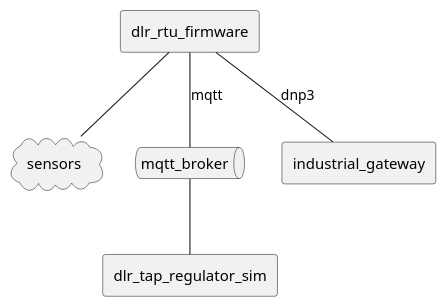
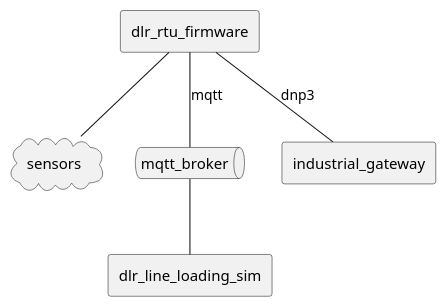
One commit to arcnode-io/dlr-rtu-firmware changed the first of 4 diagrams in readme.md. Above: the diagram before and after it, drawn with PlantUML. The commit also changed other lines of this file and 1 other file, not shown here.

Commit message:
📝 docs: dlr-tap-regulator-sim renamed to dlr-line-loading-sim
Claude-Session: https://claude.ai/code/session_01G9oodV6qNjghBfbi7qXfrt

````diff
--- a/readme.md
+++ b/readme.md
@@ -48,13 +48,13 @@
 ```plantuml
 rectangle dlr_rtu_firmware
 
 cloud sensors
 queue mqtt_broker
-rectangle dlr_tap_regulator_sim
+rectangle dlr_line_loading_sim
 rectangle industrial_gateway
 
 dlr_rtu_firmware -- sensors
 dlr_rtu_firmware -- mqtt_broker: mqtt
-mqtt_broker -- dlr_tap_regulator_sim
+mqtt_broker -- dlr_line_loading_sim
 dlr_rtu_firmware -- industrial_gateway: dnp3
 ```
````
